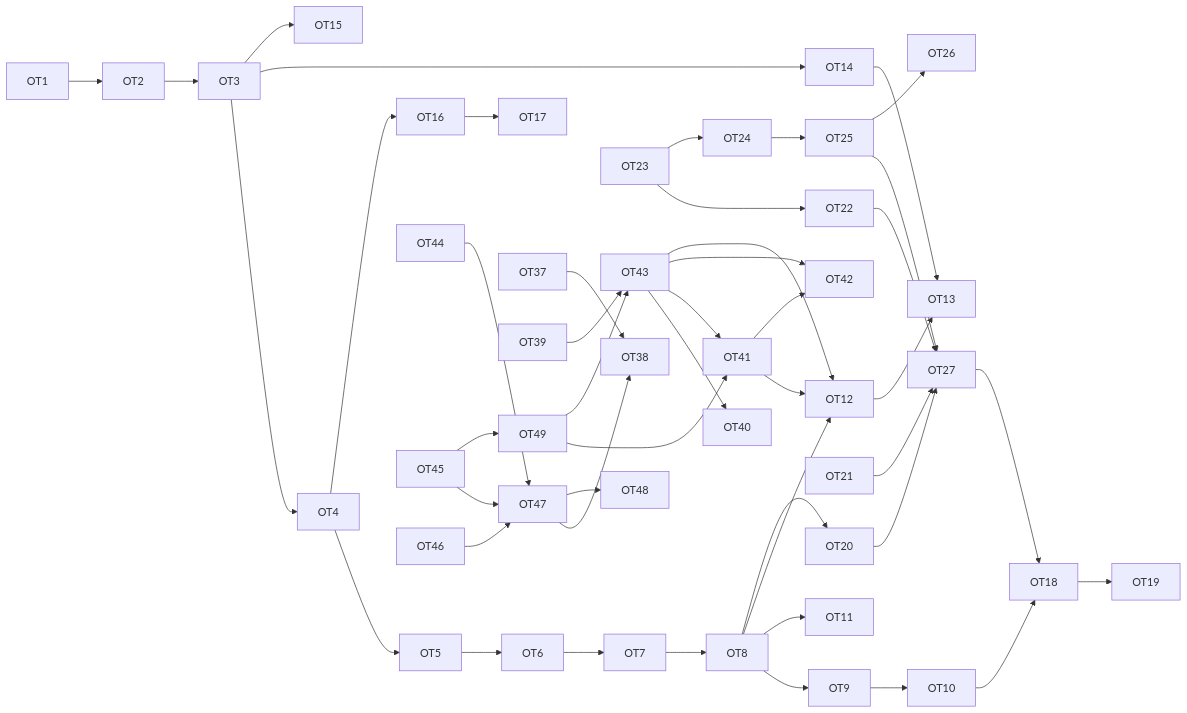
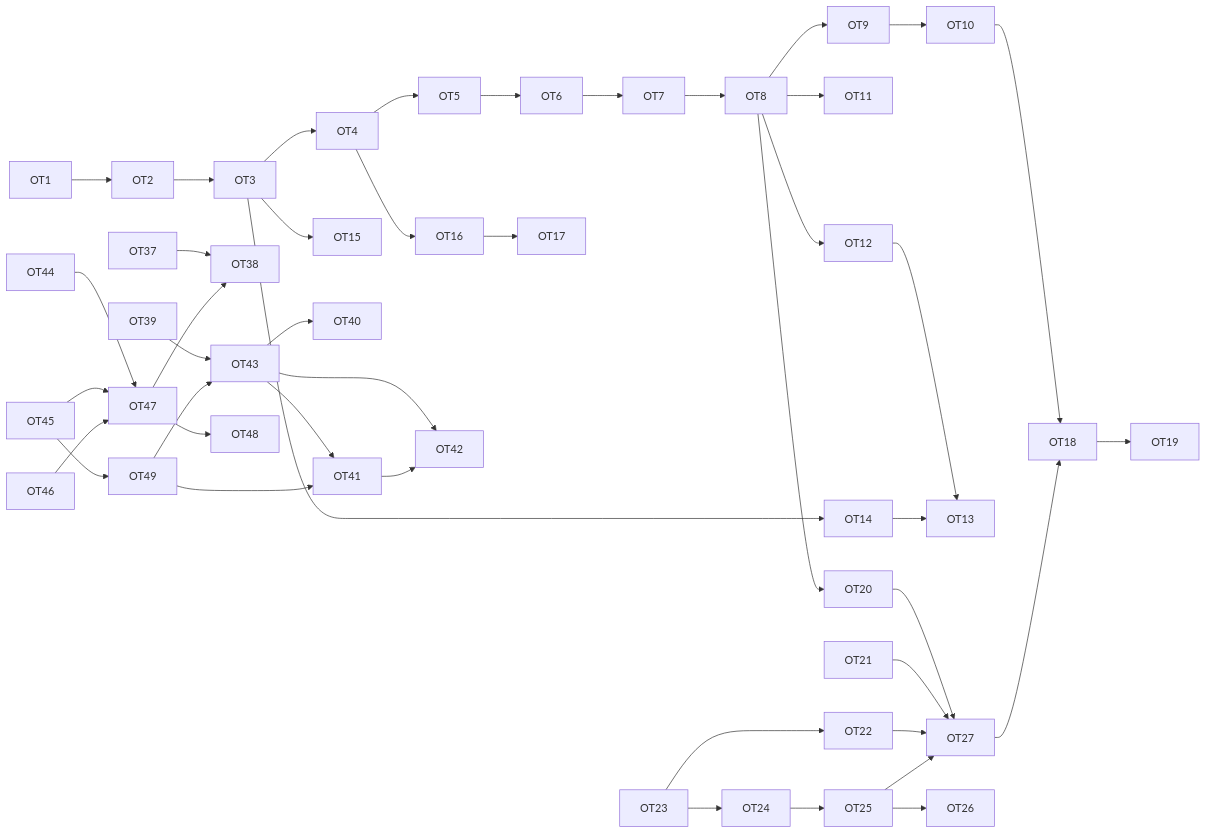
One commit to Ladvien/blended changed the diagram in BACKLOG.md. Above: the diagram before and after it, drawn with Mermaid. The commit also changed other lines of this file and 182 other files, not shown here.

````diff
--- a/BACKLOG.md
+++ b/BACKLOG.md
@@ -494,33 +494,31 @@
 ```mermaid
 flowchart LR
   OT1 --> OT2 --> OT3 --> OT4 --> OT5 --> OT6 --> OT7 --> OT8
   OT8 --> OT9 --> OT10
   OT8 --> OT11
   OT8 --> OT12 --> OT13
   OT3 --> OT14 --> OT13
   OT3 --> OT15
   OT4 --> OT16 --> OT17
   OT10 --> OT18 --> OT19
   OT8 --> OT20 --> OT27
   OT21 --> OT27
   OT23 --> OT22 --> OT27
   OT23 --> OT24 --> OT25 --> OT27
   OT25 --> OT26
   OT27 --> OT18
   OT37 --> OT38
   OT39 --> OT43
   OT43 --> OT40
   OT43 --> OT41
   OT43 --> OT42
-  OT43 --> OT12
-  OT41 --> OT12
   OT41 --> OT42
   OT44 --> OT47
   OT45 --> OT47
   OT46 --> OT47
   OT47 --> OT38
   OT47 --> OT48
   OT45 --> OT49
   OT49 --> OT41
   OT49 --> OT43
 ```
````
